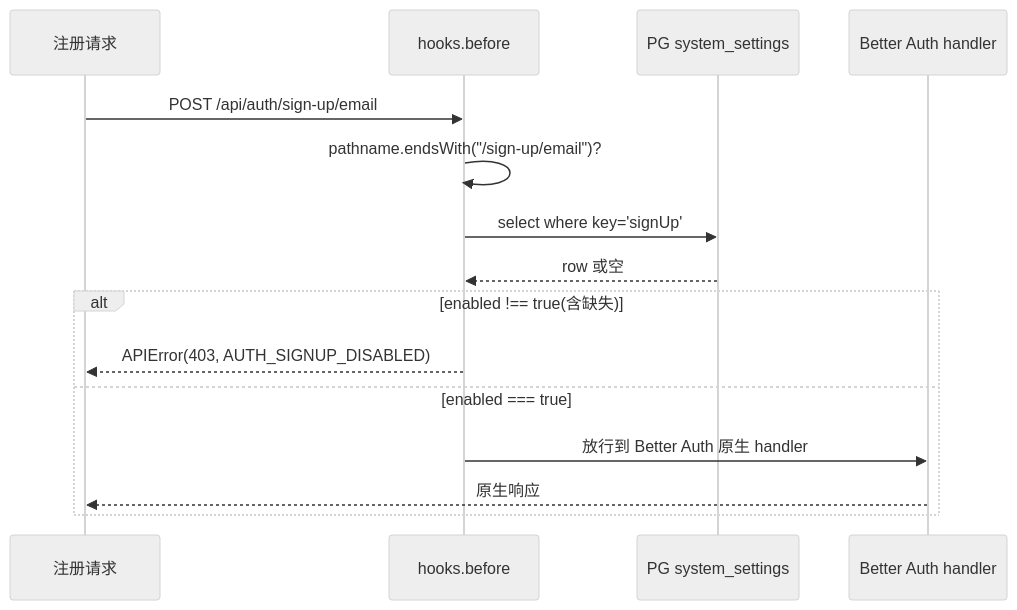
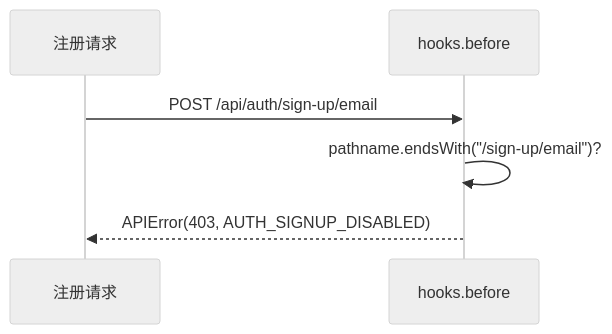
Before and after one commit to zzwtsy/hono-openapi-starter: the diagram in docs/features/backend/system-settings.md, drawn with Mermaid (neutral theme). The commit also changed other lines of this file and 19 other files, not shown here.

````diff
--- a/docs/features/backend/system-settings.md
+++ b/docs/features/backend/system-settings.md
@@ -83,18 +67,8 @@
 ```mermaid
 sequenceDiagram
   participant Client as 注册请求
   participant Hook as hooks.before
-  participant DB as PG system_settings
-  participant BA as Better Auth handler
-
   Client->>Hook: POST /api/auth/sign-up/email
   Hook->>Hook: pathname.endsWith("/sign-up/email")?
-  Hook->>DB: select where key='signUp'
-  DB-->>Hook: row 或空
-  alt enabled !== true(含缺失)
-    Hook-->>Client: APIError(403, AUTH_SIGNUP_DISABLED)
-  else enabled === true
-    Hook->>BA: 放行到 Better Auth 原生 handler
-    BA-->>Client: 原生响应
-  end
+  Hook-->>Client: APIError(403, AUTH_SIGNUP_DISABLED)
 ```
````
